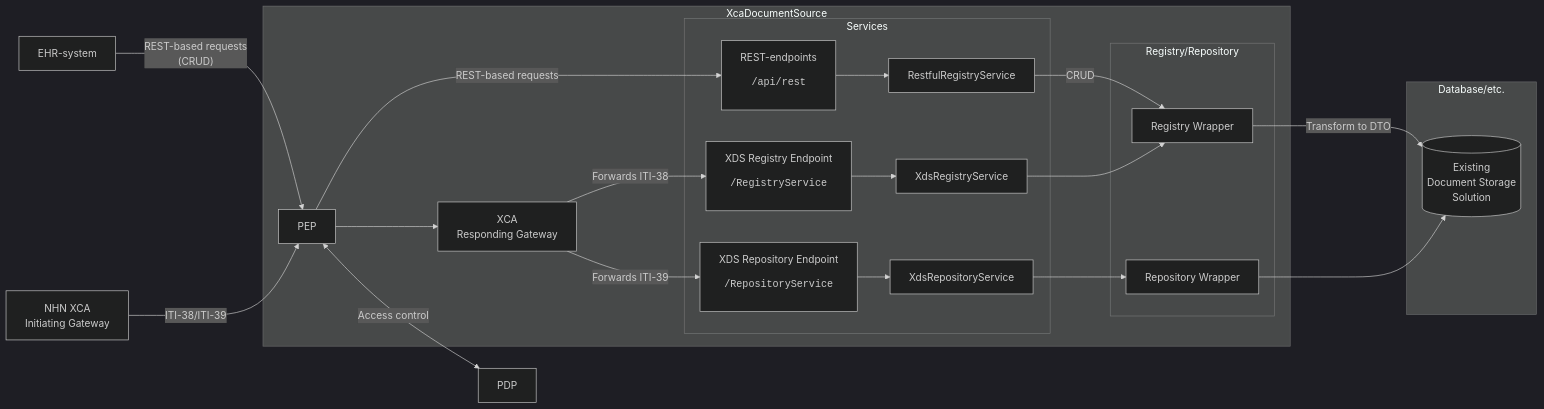
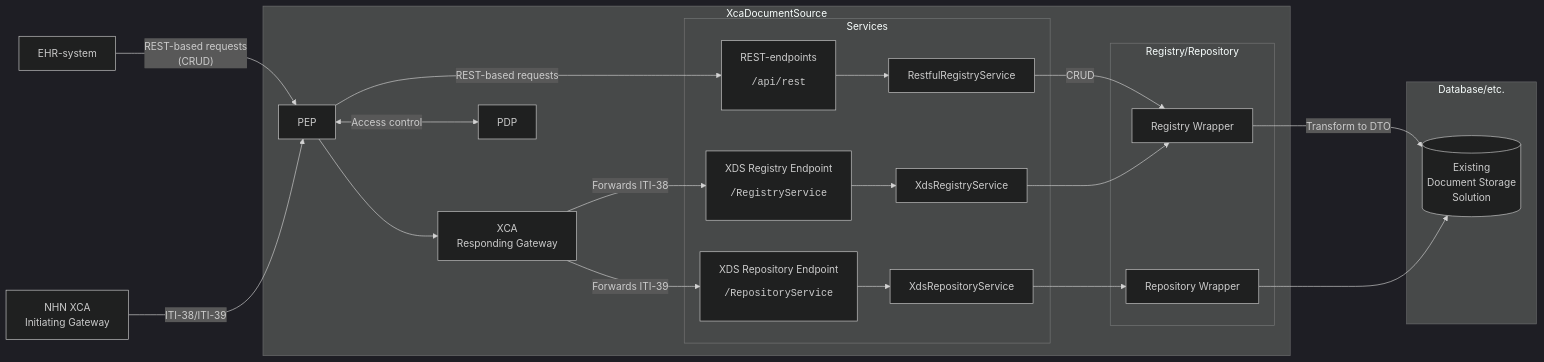
Before and after one commit to timmo-nhn/XcaDocumentSource: the second of 2 diagrams in Docs/TechnicalImplementation.md, drawn with Mermaid. The commit also changed other lines of this file and 11 other files, not shown here.

````diff
--- a/Docs/TechnicalImplementation.md
+++ b/Docs/TechnicalImplementation.md
@@ -83,56 +85,56 @@
 ```mermaid
 %%{init: {'theme':'dark'}}%%
 
 flowchart LR
 
 epr[EHR-system]
 
 nhnxca[NHN XCA<br>Initiating Gateway]
 
 subgraph "XcaDocumentSource"
     pep[PEP]
     xcares[XCA<br>Responding Gateway]
+    pdp[PDP]
 
     subgraph "Services"
         restep["REST-endpoints<br><pre>/api/rest"]
         regep[XDS Registry Endpoint<br><pre>/RegistryService]
         repep[XDS Repository Endpoint<br><pre>/RepositoryService]
-
         rests["RestfulRegistryService"]
 
         regs[XdsRegistryService]
         reps[XdsRepositoryService]
     end
 
     subgraph "Registry/Repository"
         regw[Registry Wrapper]
         repw[Repository Wrapper]
     end
 end
 subgraph "Database/etc."
     regrepdb[(Existing <br>Document Storage<br>Solution)]
 end
 
 epr--REST-based requests<br>(CRUD)-->pep--REST-based requests-->restep
 
 nhnxca--ITI-38/ITI-39-->pep
 
 pep-->xcares
-pep<--Access control-->PDP
+pep<--Access control-->pdp
 
 xcares --Forwards ITI-38--> regep
 xcares --Forwards ITI-39--> repep
 
 regep --> regs
 repep --> reps
 
 restep --> rests
 
 rests --CRUD--> regw
 
 regs --> regw
 reps --> repw
 regw--Transform to DTO-->regrepdb
 repw-->regrepdb
 
 ```
````
